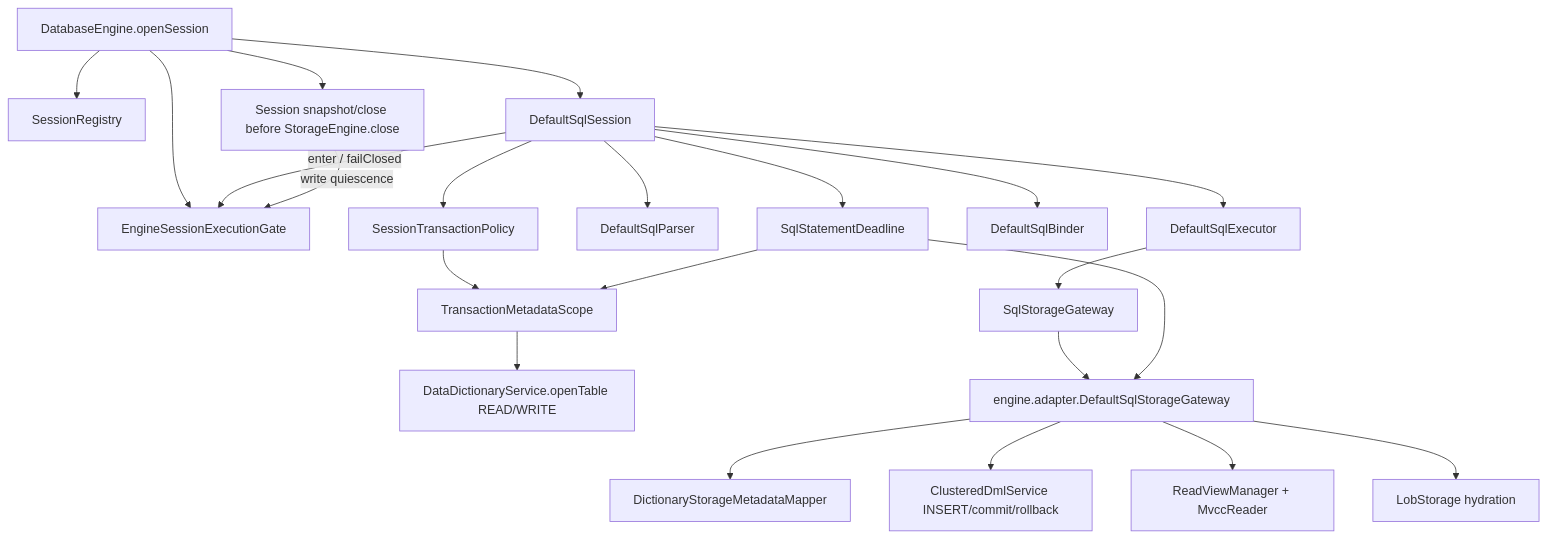
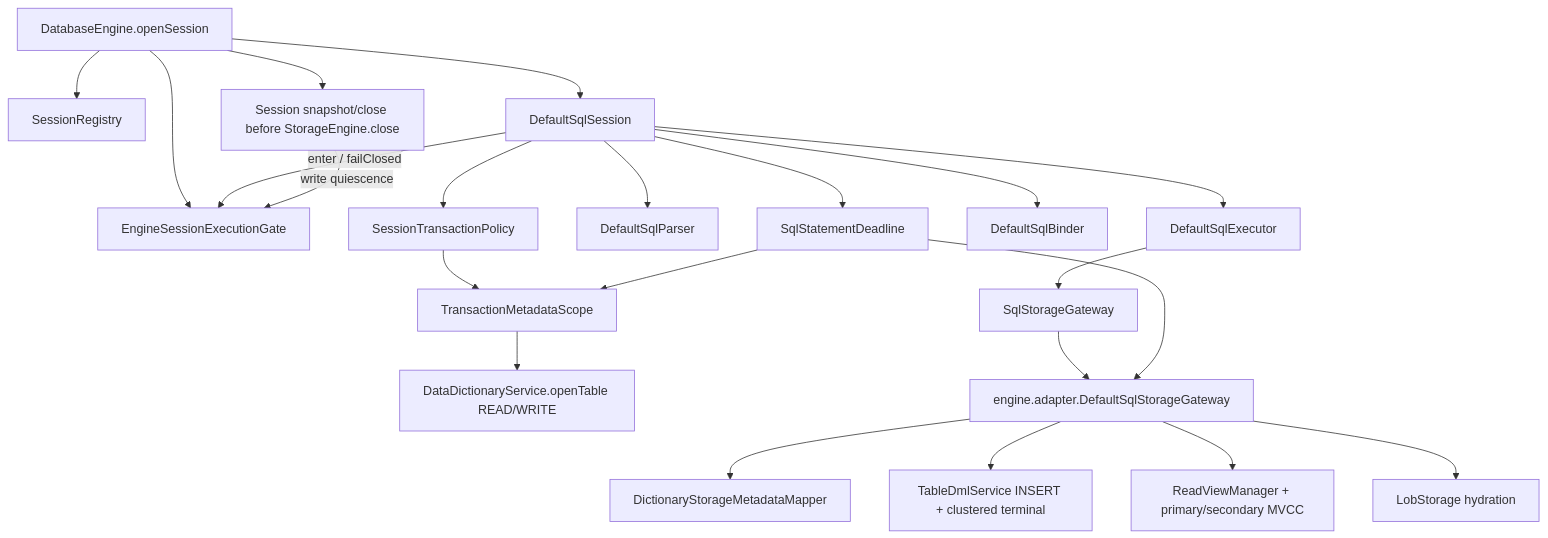
Before and after one commit to mywnlb/dbtest: diagram 11 of 11 in docs/design/current-implementation-map.md, drawn with Mermaid. The commit also changed other lines of this file and 119 other files, not shown here.

Commit message:
feat(storage): complete secondary index MVCC and purge

````diff
--- a/docs/design/current-implementation-map.md
+++ b/docs/design/current-implementation-map.md
@@ -654,24 +671,24 @@
 ```mermaid
 flowchart TD
   Engine["DatabaseEngine.openSession"] --> Registry["SessionRegistry"]
   Engine --> Session["DefaultSqlSession"]
   Engine --> Gate["EngineSessionExecutionGate"]
   Session -->|"enter / failClosed"| Gate
   Session --> Deadline["SqlStatementDeadline"]
   Session --> Parser["DefaultSqlParser"]
   Session --> Policy["SessionTransactionPolicy"]
   Session --> Binder["DefaultSqlBinder"]
   Session --> Executor["DefaultSqlExecutor"]
   Policy --> Metadata["TransactionMetadataScope"]
   Deadline --> Metadata
   Metadata --> DD["DataDictionaryService.openTable READ/WRITE"]
   Executor --> Port["SqlStorageGateway"]
   Port --> Adapter["engine.adapter.DefaultSqlStorageGateway"]
   Deadline --> Adapter
   Adapter --> Mapper["DictionaryStorageMetadataMapper"]
-  Adapter --> DML["ClusteredDmlService INSERT/commit/rollback"]
-  Adapter --> MVCC["ReadViewManager + MvccReader"]
+  Adapter --> DML["TableDmlService INSERT + clustered terminal"]
+  Adapter --> MVCC["ReadViewManager + primary/secondary MVCC"]
   Adapter --> LOB["LobStorage hydration"]
   Engine --> Close["Session snapshot/close before StorageEngine.close"]
   Close -->|"write quiescence"| Gate
 ```
````
